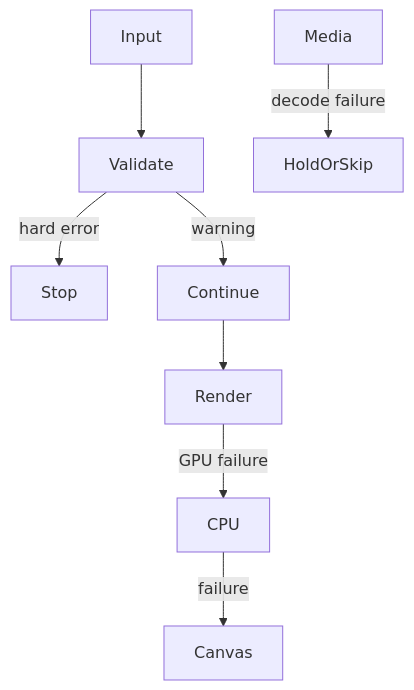
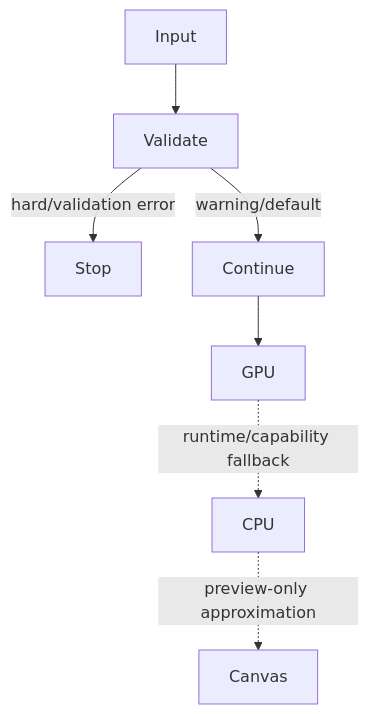
Before and after one commit to Kkb113/CineKernel: the diagram in docs/research/onda/r0.02/VALIDATION_ERRORS_AND_FALLBACKS.md, drawn with Mermaid. The commit also changed other lines of this file and 66 other files, not shown here.

````diff
--- a/docs/research/onda/r0.02/VALIDATION_ERRORS_AND_FALLBACKS.md
+++ b/docs/research/onda/r0.02/VALIDATION_ERRORS_AND_FALLBACKS.md
@@ -5,10 +29,9 @@
 ```mermaid
 flowchart TD
   Input --> Validate
-  Validate -->|hard error| Stop
-  Validate -->|warning| Continue
-  Continue --> Render
-  Render -->|GPU failure| CPU
-  CPU -->|failure| Canvas
-  Media -->|decode failure| HoldOrSkip
+  Validate -->|hard/validation error| Stop
+  Validate -->|warning/default| Continue
+  Continue --> GPU
+  GPU -. runtime/capability fallback .-> CPU
+  CPU -. preview-only approximation .-> Canvas
 ```
````
